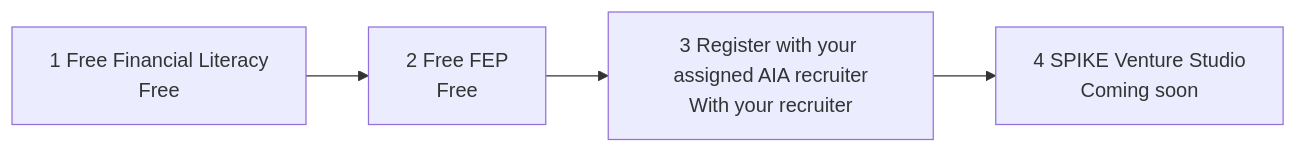
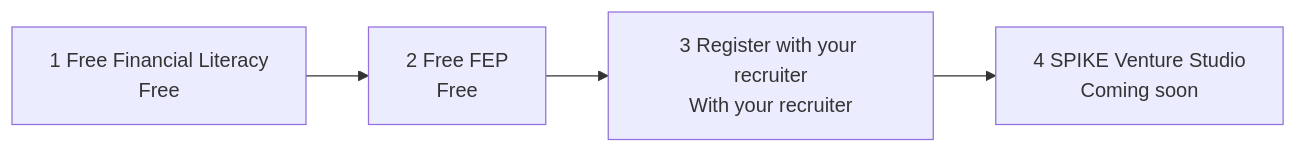
The diagram in docs/screenshots/spike-preview/JOURNEY.md (nmatunog/1CMA-Spike-Nextgen), drawn with Mermaid before and after one commit. The commit also changed other lines of this file and 50 other files, not shown here.

First line of the commit message:
feat: copy-ready AIA details card and attributed recruiter CTA

````diff
--- a/docs/screenshots/spike-preview/JOURNEY.md
+++ b/docs/screenshots/spike-preview/JOURNEY.md
@@ -15,6 +16,6 @@
 ```mermaid
 flowchart LR
   L["1 Free Financial Literacy<br/>Free"] --> F["2 Free FEP<br/>Free"]
-  F --> R["3 Register with your assigned AIA recruiter<br/>With your recruiter"]
+  F --> R["3 Register with your recruiter<br/>With your recruiter"]
   R --> S["4 SPIKE Venture Studio<br/>Coming soon"]
 ```
````
